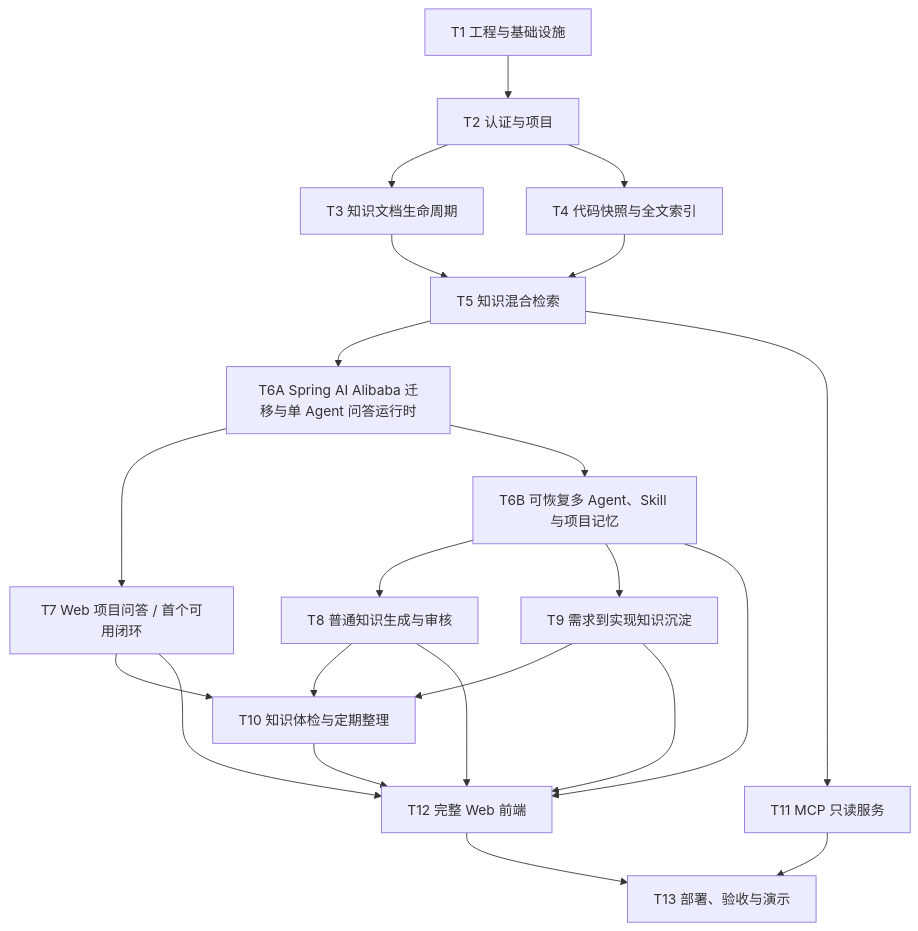
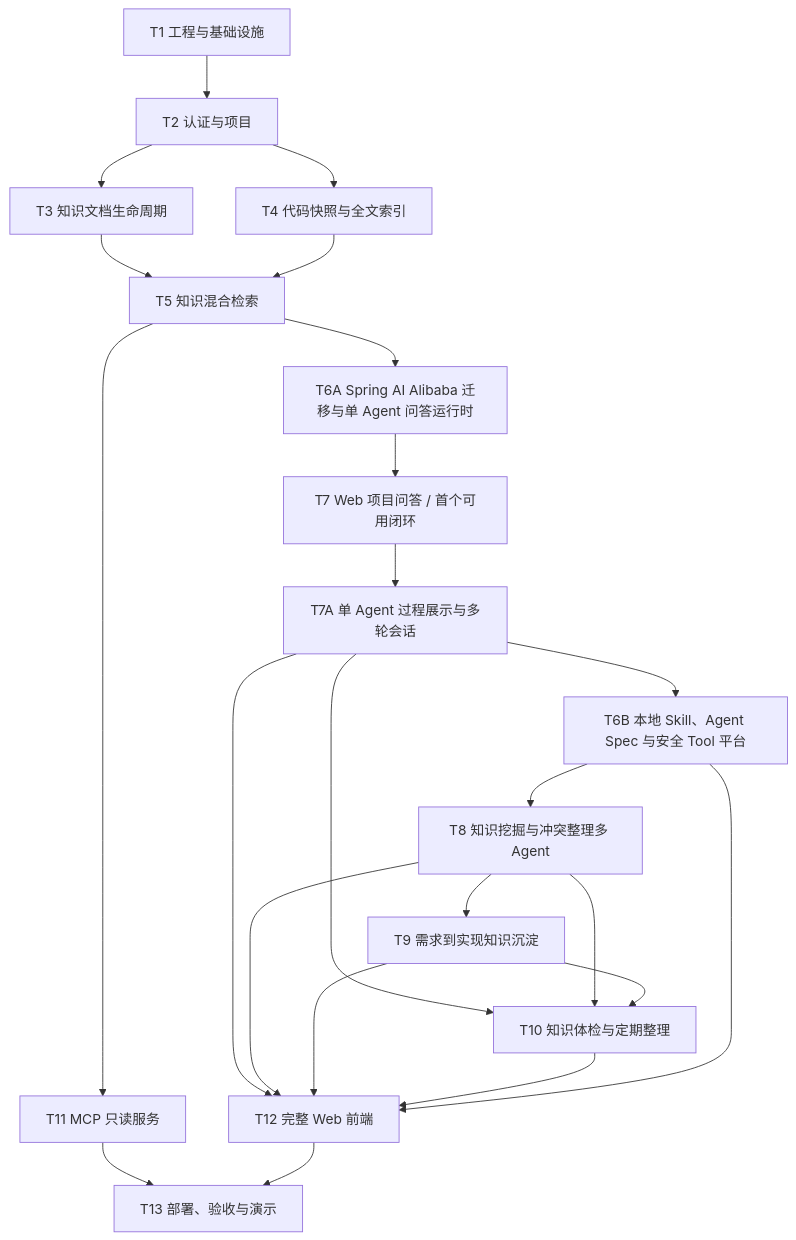
The diagram in docs/product/LoreDock_MVP功能开发计划.md (dztyykxx/LoreDock), drawn with Mermaid before and after one commit. The commit also changed other lines of this file and 12 other files, not shown here.

````diff
--- a/docs/product/LoreDock_MVP功能开发计划.md
+++ b/docs/product/LoreDock_MVP功能开发计划.md
@@ -31,24 +31,25 @@
 ```mermaid
 flowchart TD
     T1["T1 工程与基础设施"] --> T2["T2 认证与项目"]
     T2 --> T3["T3 知识文档生命周期"]
     T2 --> T4["T4 代码快照与全文索引"]
     T3 --> T5["T5 知识混合检索"]
     T4 --> T5
     T5 --> T6A["T6A Spring AI Alibaba 迁移与单 Agent 问答运行时"]
     T6A --> T7["T7 Web 项目问答 / 首个可用闭环"]
-    T6A --> T6B["T6B 可恢复多 Agent、Skill 与项目记忆"]
-    T6B --> T8["T8 普通知识生成与审核"]
-    T6B --> T9["T9 需求到实现知识沉淀"]
-    T7 --> T10["T10 知识体检与定期整理"]
+    T7 --> T7A["T7A 单 Agent 过程展示与多轮会话"]
+    T7A --> T6B["T6B 本地 Skill、Agent Spec 与安全 Tool 平台"]
+    T6B --> T8["T8 知识挖掘与冲突整理多 Agent"]
+    T8 --> T9["T9 需求到实现知识沉淀"]
+    T7A --> T10["T10 知识体检与定期整理"]
     T8 --> T10
     T9 --> T10
     T5 --> T11["T11 MCP 只读服务"]
-    T7 --> T12["T12 完整 Web 前端"]
+    T7A --> T12["T12 完整 Web 前端"]
     T8 --> T12
     T9 --> T12
     T10 --> T12
     T6B --> T12
     T11 --> T13["T13 部署、验收与演示"]
     T12 --> T13
 ```
````
